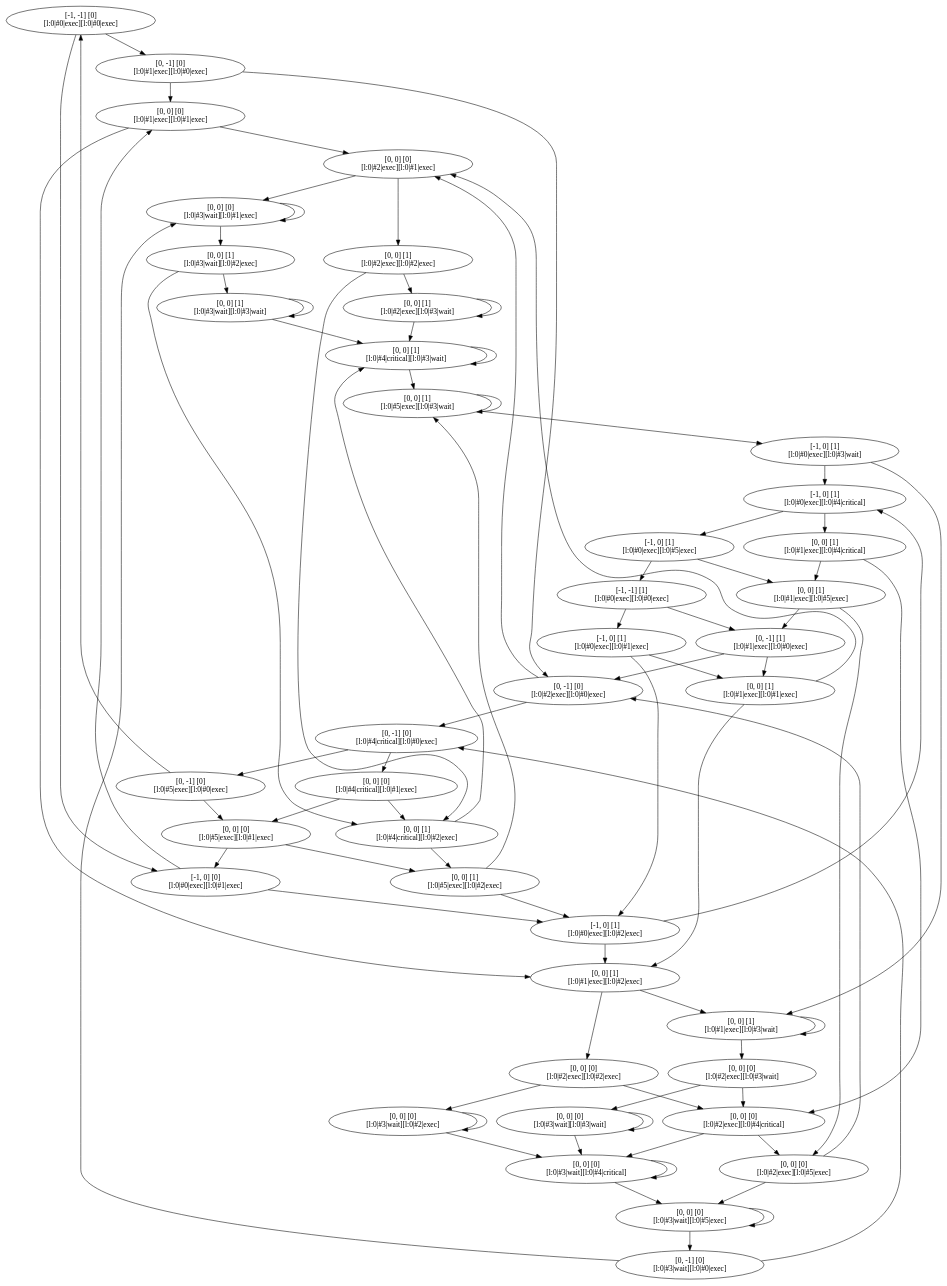
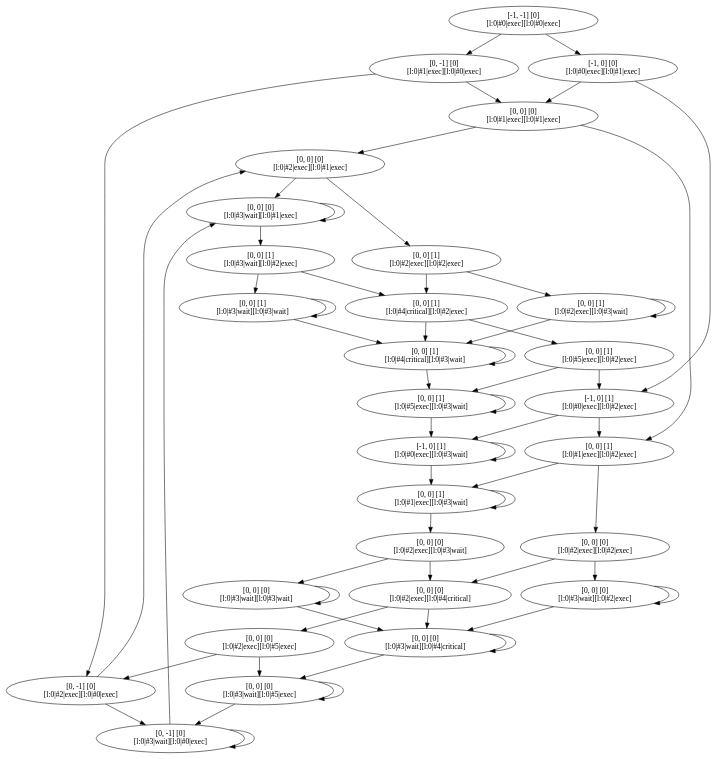
Before and after one commit to JoshuaMoelans/BDD_AlgoStudy: the diagram in output/TS_P2.dot, drawn with Graphviz. The commit also changed 5 other files, not shown here.

```diff
--- a/output/TS_P2.dot
+++ b/output/TS_P2.dot
@@ -1,123 +1,87 @@
 digraph G {
 0 [label="[-1, -1] [0]\n[l:0|#0|exec][l:0|#0|exec]"]
 1 [label="[0, -1] [0]\n[l:0|#1|exec][l:0|#0|exec]"]
 4 [label="[0, 0] [0]\n[l:0|#1|exec][l:0|#1|exec]"]
 2 [label="[-1, 0] [0]\n[l:0|#0|exec][l:0|#1|exec]"]
 3 [label="[0, -1] [0]\n[l:0|#2|exec][l:0|#0|exec]"]
 6 [label="[-1, 0] [1]\n[l:0|#0|exec][l:0|#2|exec]"]
-7 [label="[0, -1] [0]\n[l:0|#4|critical][l:0|#0|exec]"]
+7 [label="[0, -1] [0]\n[l:0|#3|wait][l:0|#0|exec]"]
 8 [label="[0, 0] [0]\n[l:0|#2|exec][l:0|#1|exec]"]
 10 [label="[0, 0] [1]\n[l:0|#1|exec][l:0|#2|exec]"]
-12 [label="[-1, 0] [1]\n[l:0|#0|exec][l:0|#4|critical]"]
-13 [label="[0, -1] [0]\n[l:0|#5|exec][l:0|#0|exec]"]
-14 [label="[0, 0] [0]\n[l:0|#4|critical][l:0|#1|exec]"]
-15 [label="[0, 0] [0]\n[l:0|#3|wait][l:0|#1|exec]"]
+12 [label="[-1, 0] [1]\n[l:0|#0|exec][l:0|#3|wait]"]
+14 [label="[0, 0] [0]\n[l:0|#3|wait][l:0|#1|exec]"]
 16 [label="[0, 0] [1]\n[l:0|#2|exec][l:0|#2|exec]"]
 17 [label="[0, 0] [0]\n[l:0|#2|exec][l:0|#2|exec]"]
 18 [label="[0, 0] [1]\n[l:0|#1|exec][l:0|#3|wait]"]
-42 [label="[0, 0] [1]\n[l:0|#3|wait][l:0|#3|wait]"]
-46 [label="[0, 0] [0]\n[l:0|#3|wait][l:0|#4|critical]"]
-48 [label="[0, 0] [0]\n[l:0|#2|exec][l:0|#5|exec]"]
-49 [label="[0, 0] [0]\n[l:0|#3|wait][l:0|#3|wait]"]
-52 [label="[0, -1] [1]\n[l:0|#1|exec][l:0|#0|exec]"]
-54 [label="[-1, 0] [1]\n[l:0|#0|exec][l:0|#1|exec]"]
-56 [label="[0, 0] [1]\n[l:0|#5|exec][l:0|#3|wait]"]
-36 [label="[-1, -1] [1]\n[l:0|#0|exec][l:0|#0|exec]"]
-38 [label="[0, 0] [1]\n[l:0|#5|exec][l:0|#2|exec]"]
-40 [label="[0, 0] [1]\n[l:0|#4|critical][l:0|#3|wait]"]
-22 [label="[0, 0] [0]\n[l:0|#5|exec][l:0|#1|exec]"]
-20 [label="[-1, 0] [1]\n[l:0|#0|exec][l:0|#5|exec]"]
-19 [label="[0, 0] [1]\n[l:0|#1|exec][l:0|#4|critical]"]
-24 [label="[0, 0] [1]\n[l:0|#4|critical][l:0|#2|exec]"]
-26 [label="[0, 0] [1]\n[l:0|#3|wait][l:0|#2|exec]"]
-28 [label="[0, 0] [1]\n[l:0|#2|exec][l:0|#3|wait]"]
-29 [label="[0, 0] [0]\n[l:0|#3|wait][l:0|#2|exec]"]
-30 [label="[0, 0] [0]\n[l:0|#2|exec][l:0|#4|critical]"]
-31 [label="[0, 0] [0]\n[l:0|#2|exec][l:0|#3|wait]"]
-34 [label="[0, 0] [1]\n[l:0|#1|exec][l:0|#5|exec]"]
-62 [label="[0, 0] [0]\n[l:0|#3|wait][l:0|#5|exec]"]
-68 [label="[0, 0] [1]\n[l:0|#1|exec][l:0|#1|exec]"]
-71 [label="[-1, 0] [1]\n[l:0|#0|exec][l:0|#3|wait]"]
-74 [label="[0, -1] [0]\n[l:0|#3|wait][l:0|#0|exec]"]
+22 [label="[0, 0] [1]\n[l:0|#3|wait][l:0|#2|exec]"]
+23 [label="[0, 0] [1]\n[l:0|#4|critical][l:0|#2|exec]"]
+44 [label="[0, 0] [1]\n[l:0|#5|exec][l:0|#3|wait]"]
+48 [label="[0, 0] [0]\n[l:0|#3|wait][l:0|#5|exec]"]
+26 [label="[0, 0] [0]\n[l:0|#2|exec][l:0|#4|critical]"]
+25 [label="[0, 0] [0]\n[l:0|#3|wait][l:0|#2|exec]"]
+24 [label="[0, 0] [1]\n[l:0|#2|exec][l:0|#3|wait]"]
+27 [label="[0, 0] [0]\n[l:0|#2|exec][l:0|#3|wait]"]
+30 [label="[0, 0] [1]\n[l:0|#3|wait][l:0|#3|wait]"]
+31 [label="[0, 0] [1]\n[l:0|#5|exec][l:0|#2|exec]"]
+32 [label="[0, 0] [1]\n[l:0|#4|critical][l:0|#3|wait]"]
+36 [label="[0, 0] [0]\n[l:0|#3|wait][l:0|#4|critical]"]
+38 [label="[0, 0] [0]\n[l:0|#2|exec][l:0|#5|exec]"]
+39 [label="[0, 0] [0]\n[l:0|#3|wait][l:0|#3|wait]"]
 0 -> 1
 0 -> 2
 1 -> 3
 1 -> 4
 2 -> 4
 2 -> 6
 3 -> 7
 3 -> 8
 4 -> 8
 4 -> 10
 6 -> 10
 6 -> 12
-7 -> 13
+7 -> 7
 7 -> 14
-8 -> 15
+8 -> 14
 8 -> 16
 10 -> 17
 10 -> 18
-12 -> 19
-12 -> 20
-13 -> 0
-13 -> 22
+12 -> 18
+12 -> 12
+14 -> 14
 14 -> 22
-14 -> 24
-15 -> 15
-15 -> 26
+16 -> 23
 16 -> 24
-16 -> 28
-17 -> 29
-17 -> 30
-18 -> 31
+17 -> 25
+17 -> 26
+18 -> 27
 18 -> 18
-19 -> 30
-19 -> 34
-20 -> 34
-20 -> 36
-22 -> 2
-22 -> 38
-24 -> 38
-24 -> 40
-26 -> 24
-26 -> 42
-28 -> 40
-28 -> 28
-29 -> 29
-29 -> 46
-30 -> 46
-30 -> 48
-31 -> 49
-31 -> 30
-34 -> 48
-34 -> 52
-36 -> 52
-36 -> 54
-38 -> 6
-38 -> 56
-40 -> 56
-40 -> 40
-42 -> 40
-42 -> 42
-46 -> 46
-46 -> 62
-48 -> 62
-48 -> 3
-49 -> 49
-49 -> 46
-52 -> 3
-52 -> 68
-54 -> 68
-54 -> 6
-56 -> 71
-56 -> 56
-62 -> 62
-62 -> 74
-68 -> 8
-68 -> 10
-71 -> 18
-71 -> 12
-74 -> 7
-74 -> 15
+22 -> 23
+22 -> 30
+23 -> 31
+23 -> 32
+24 -> 32
+24 -> 24
+25 -> 25
+25 -> 36
+26 -> 36
+26 -> 38
+27 -> 39
+27 -> 26
+30 -> 32
+30 -> 30
+31 -> 6
+31 -> 44
+32 -> 44
+32 -> 32
+36 -> 36
+36 -> 48
+38 -> 48
+38 -> 3
+39 -> 39
+39 -> 36
+44 -> 12
+44 -> 44
+48 -> 48
+48 -> 7
 
 }
```
